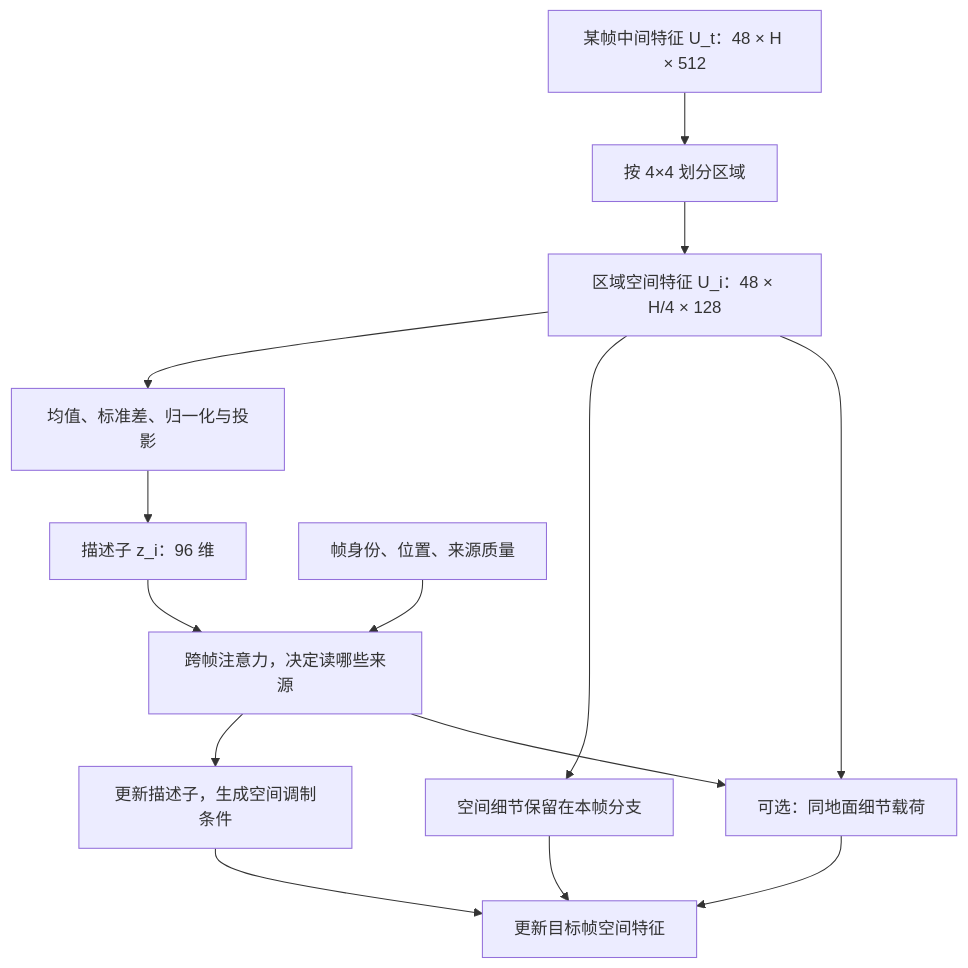
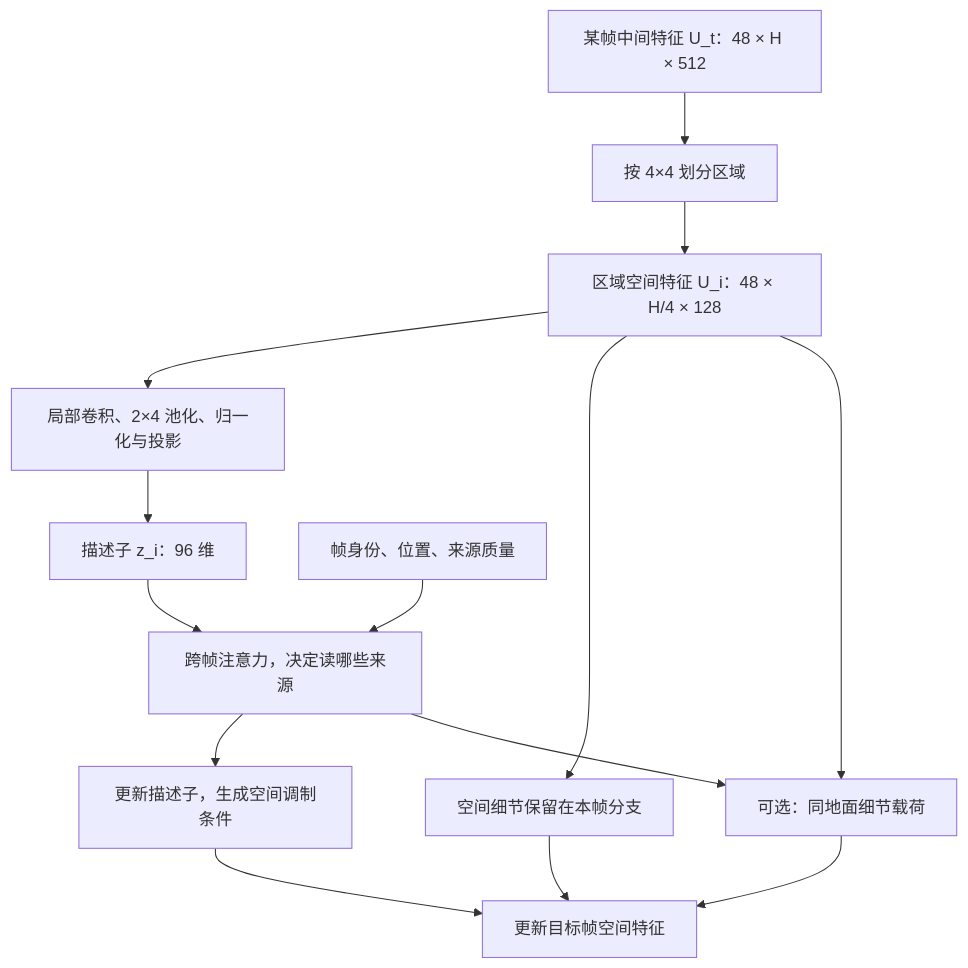
One commit to deathend110/SAR_Sequence_Restore changed the third of 17 diagrams in docs/跨帧Token交互实验指导书.md. Above: the diagram before and after it, drawn with Mermaid. The commit also changed other lines of this file and 1 other file, not shown here.

````diff
--- a/docs/跨帧Token交互实验指导书.md
+++ b/docs/跨帧Token交互实验指导书.md
@@ -98,16 +100,16 @@
 ```mermaid
 graph TD
     U["某帧中间特征 U_t：48 × H × 512"] --> GRID["按 4×4 划分区域"]
     GRID --> PATCH["区域空间特征 U_i：48 × H/4 × 128"]
-    PATCH --> DESC["均值、标准差、归一化与投影"]
+    PATCH --> DESC["局部卷积、2×4 池化、归一化与投影"]
     DESC --> Z["描述子 z_i：96 维"]
     META["帧身份、位置、来源质量"] --> ATT["跨帧注意力，决定读哪些来源"]
     Z --> ATT
     PATCH --> KEEP["空间细节保留在本帧分支"]
     PATCH --> DETAIL["可选：同地面细节载荷"]
     ATT --> COND["更新描述子，生成空间调制条件"]
     ATT --> DETAIL
     COND --> OUT["更新目标帧空间特征"]
     KEEP --> OUT
     DETAIL --> OUT
 ```
````
